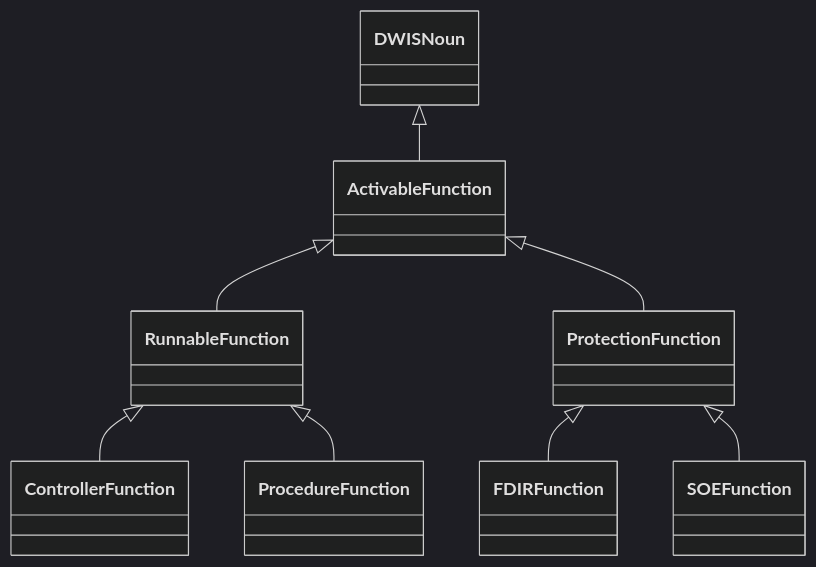
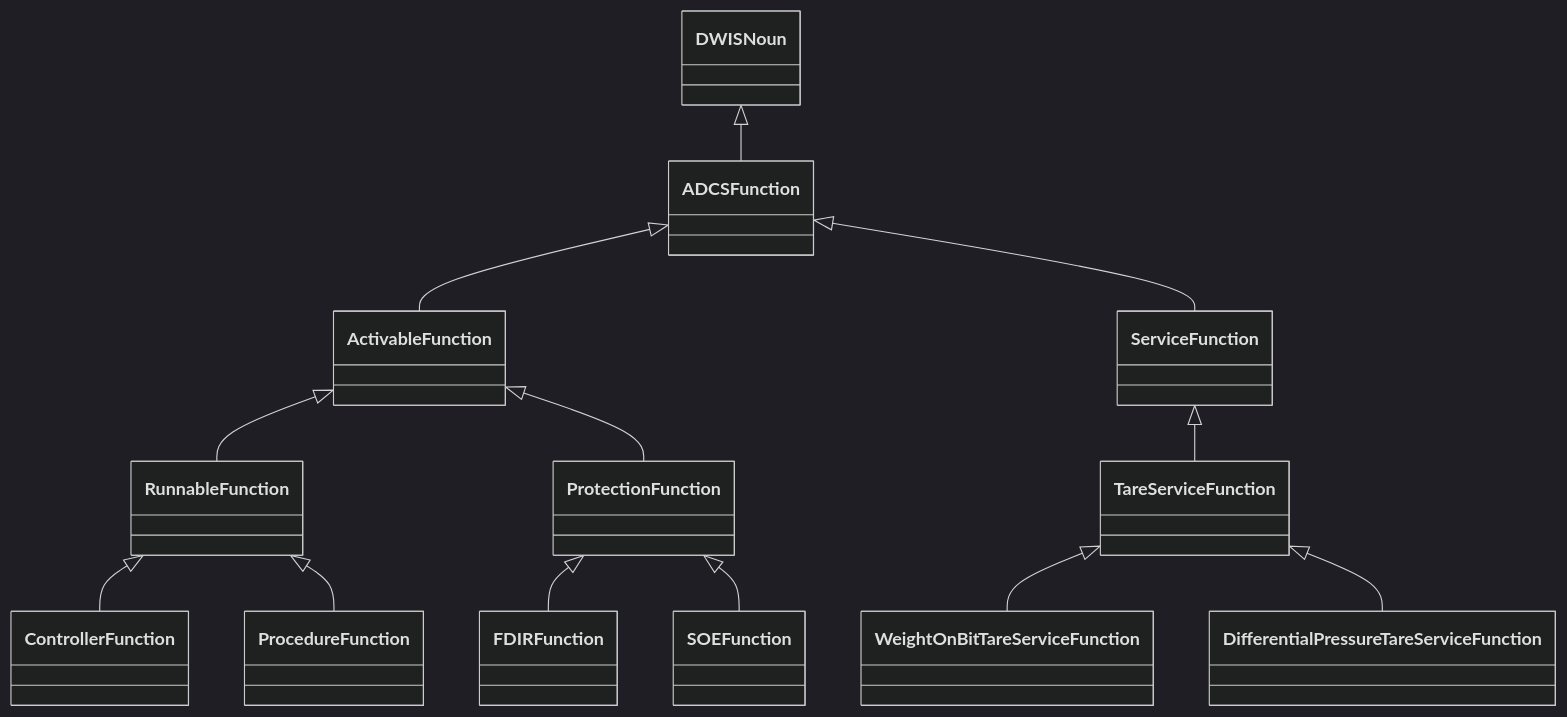
One commit to D-WIS/DDHub-Semantic-Interoperability changed the first of 27 diagrams in docs/vocabulary_development/auto-generated/md/definition-files/ADCS.md. Above: the diagram before and after it, drawn with Mermaid (dark theme). The commit also changed other lines of this file and 7 other files, not shown here.

````diff
--- a/docs/vocabulary_development/auto-generated/md/definition-files/ADCS.md
+++ b/docs/vocabulary_development/auto-generated/md/definition-files/ADCS.md
@@ -8,10 +8,15 @@
 ```mermaid
 classDiagram
-DWISNoun <|-- ActivableFunction
+DWISNoun <|-- ADCSFunction
+ADCSFunction <|-- ActivableFunction
 ActivableFunction <|-- RunnableFunction
 RunnableFunction <|-- ControllerFunction
 RunnableFunction <|-- ProcedureFunction
 ActivableFunction <|-- ProtectionFunction
 ProtectionFunction <|-- FDIRFunction
 ProtectionFunction <|-- SOEFunction
+ADCSFunction <|-- ServiceFunction
+ServiceFunction <|-- TareServiceFunction
+TareServiceFunction <|-- WeightOnBitTareServiceFunction
+TareServiceFunction <|-- DifferentialPressureTareServiceFunction
 ```
````
